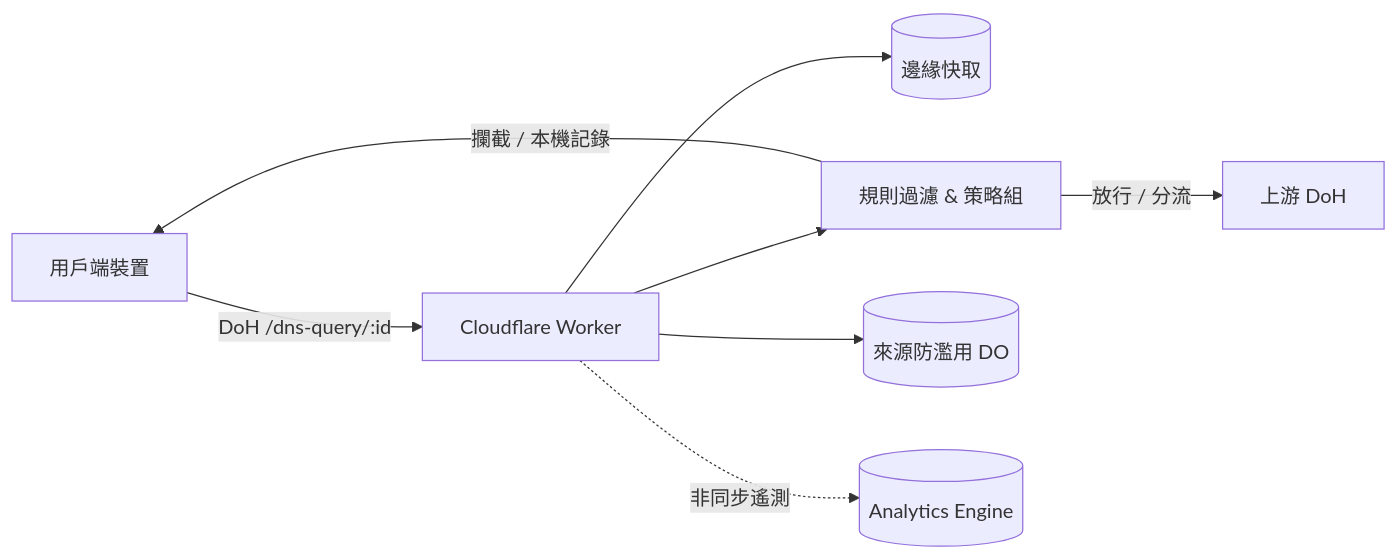
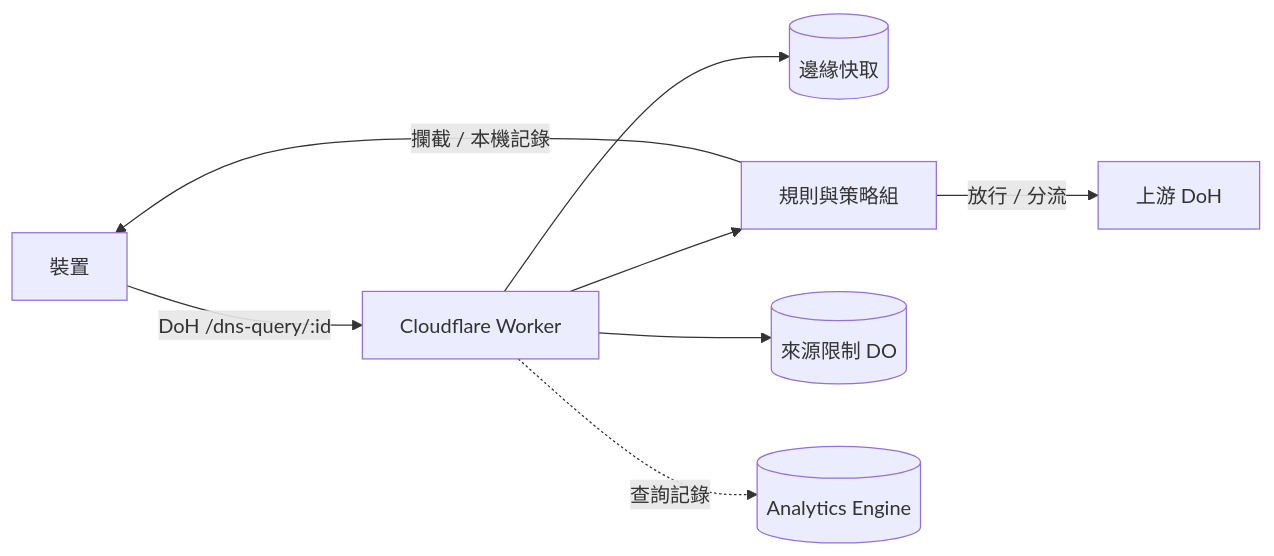
The diagram in docs/README.zh-Hant.md (ChouChiu/EdgeDoH), drawn with Mermaid before and after one commit. The commit also changed other lines of this file and 6 other files, not shown here.

````diff
--- a/docs/README.zh-Hant.md
+++ b/docs/README.zh-Hant.md
@@ -17,10 +17,10 @@
 ```mermaid
 graph LR
-    Client[用戶端裝置] -->|DoH /dns-query/:id| Worker[Cloudflare Worker]
+    Client[裝置] -->|DoH /dns-query/:id| Worker[Cloudflare Worker]
     Worker --> Cache[(邊緣快取)]
-    Worker --> Filter[規則過濾 & 策略組]
-    Worker --> Guard[(來源防濫用 DO)]
+    Worker --> Filter[規則與策略組]
+    Worker --> Guard[(來源限制 DO)]
     Filter -->|攔截 / 本機記錄| Client
     Filter -->|放行 / 分流| Upstream[上游 DoH]
-    Worker -.->|非同步遙測| AE[(Analytics Engine)]
+    Worker -.->|查詢記錄| AE[(Analytics Engine)]
 ```
````
